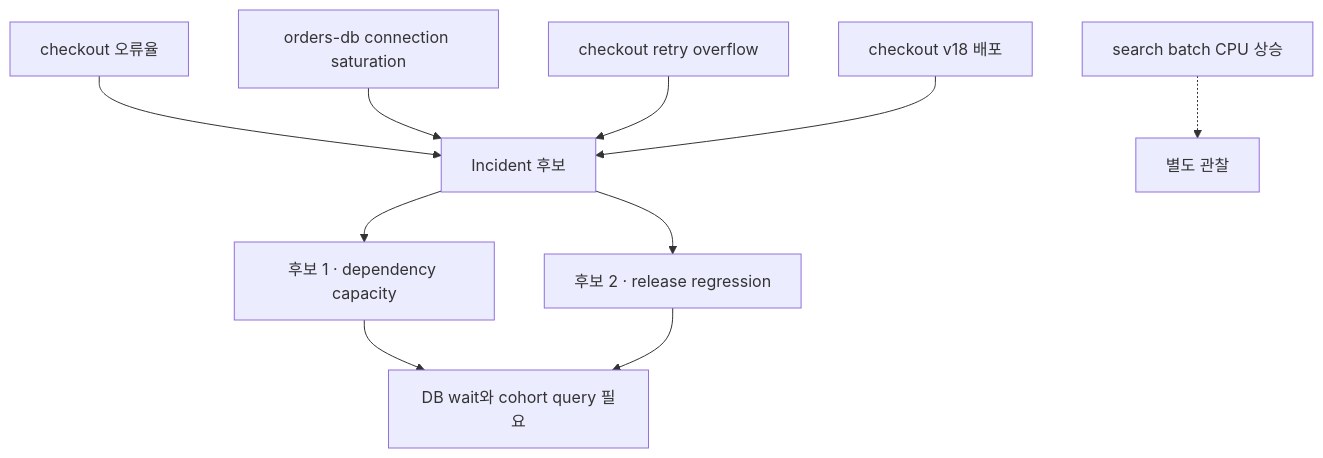
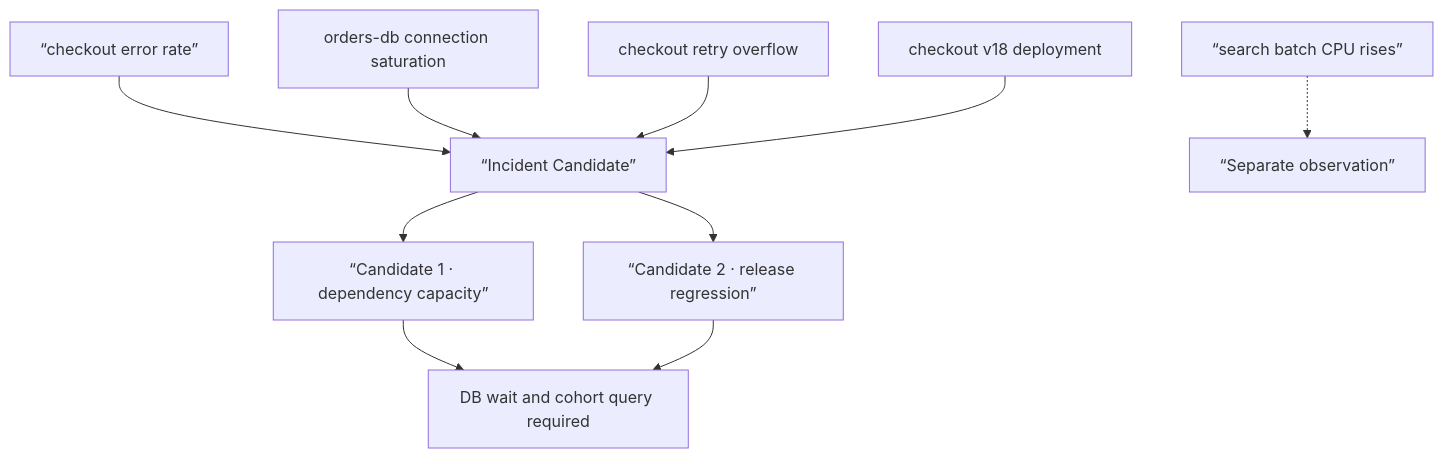
Before and after one commit to nohdol97/nohdol-study: the diagram in docs-site/content/aiops-diagnosis/02-alert-correlation-triage-lab.md, drawn with Mermaid. The commit also changed other lines of this file and 116 other files, not shown here.

````diff
--- a/docs-site/content/aiops-diagnosis/02-alert-correlation-triage-lab.md
+++ b/docs-site/content/aiops-diagnosis/02-alert-correlation-triage-lab.md
@@ -19,12 +19,12 @@
 ```mermaid
 flowchart TB
-  A1["checkout 오류율"] --> I["Incident 후보"]
+  A1[“checkout error rate”] --> I[“Incident Candidate”]
   A2["orders-db connection saturation"] --> I
   A3["checkout retry overflow"] --> I
-  A4["search batch CPU 상승"] -.-> X["별도 관찰"]
-  C["checkout v18 배포"] --> I
-  I --> H1["후보 1 · dependency capacity"]
-  I --> H2["후보 2 · release regression"]
-  H1 --> Q["DB wait와 cohort query 필요"]
+  A4[“search batch CPU rises”] -.-> X[“Separate observation”]
+  C["checkout v18 deployment"] --> I
+  I --> H1[“Candidate 1 · dependency capacity”]
+  I --> H2[“Candidate 2 · release regression”]
+  H1 --> Q["DB wait and cohort query required"]
   H2 --> Q
 ```
````
